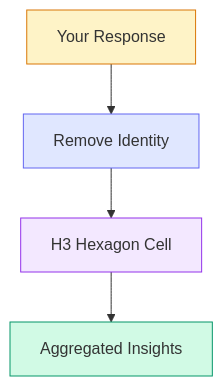
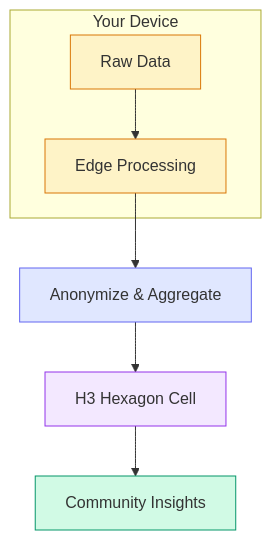
The third of 5 diagrams in packages/walkthru-earth-template/slides.md (walkthru-earth/talks), drawn with Mermaid before and after one commit. The commit also changed other lines of this file and 3 other files, not shown here.

````diff
--- a/packages/walkthru-earth-template/slides.md
+++ b/packages/walkthru-earth-template/slides.md
@@ -374,10 +548,14 @@
-```mermaid {scale: 0.65}
+```mermaid {scale: 0.55}
 flowchart TB
-    A[Your Response] --> B[Remove Identity]
-    B --> C[H3 Hexagon Cell]
-    C --> D[Aggregated Insights]
+    subgraph Device["Your Device"]
+        A[Raw Data] --> B[Edge Processing]
+    end
+    B --> C[Anonymize & Aggregate]
+    C --> D[H3 Hexagon Cell]
+    D --> E[Community Insights]
     style A fill:#fef3c7,stroke:#d97706
-    style B fill:#e0e7ff,stroke:#6366f1
-    style C fill:#f3e8ff,stroke:#9333ea
-    style D fill:#d1fae5,stroke:#059669
+    style B fill:#fef3c7,stroke:#d97706
+    style C fill:#e0e7ff,stroke:#6366f1
+    style D fill:#f3e8ff,stroke:#9333ea
+    style E fill:#d1fae5,stroke:#059669
 ```
````
